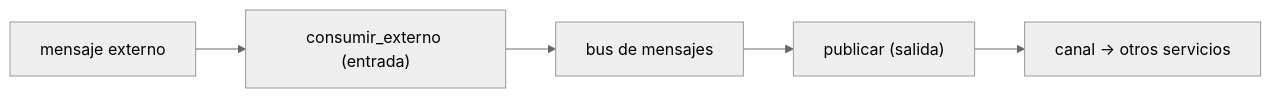
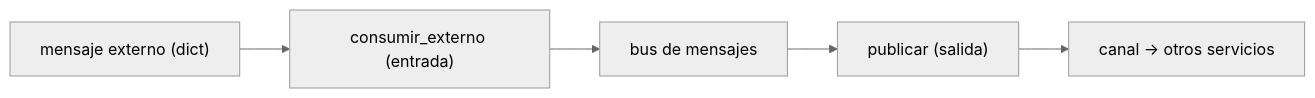
The second of 2 diagrams in fase-1/capitulos/11-microservicios-eventos/README.md (BenjaminGhiggo/aprendiendo-ddd-con-python-y-fastapi), drawn with Mermaid (neutral theme) before and after one commit. The commit also changed other lines of this file and 6 other files, not shown here.

````diff
--- a/fase-1/capitulos/11-microservicios-eventos/README.md
+++ b/fase-1/capitulos/11-microservicios-eventos/README.md
@@ -42,7 +145,7 @@
 ```mermaid
 flowchart LR
-    EXT1["mensaje externo"] --> AD1["consumir_externo (entrada)"]
+    EXT1["mensaje externo (dict)"] --> AD1["consumir_externo (entrada)"]
     AD1 --> BUS["bus de mensajes"]
     BUS --> AD2["publicar (salida)"]
     AD2 --> EXT2["canal → otros servicios"]
 ```
````
